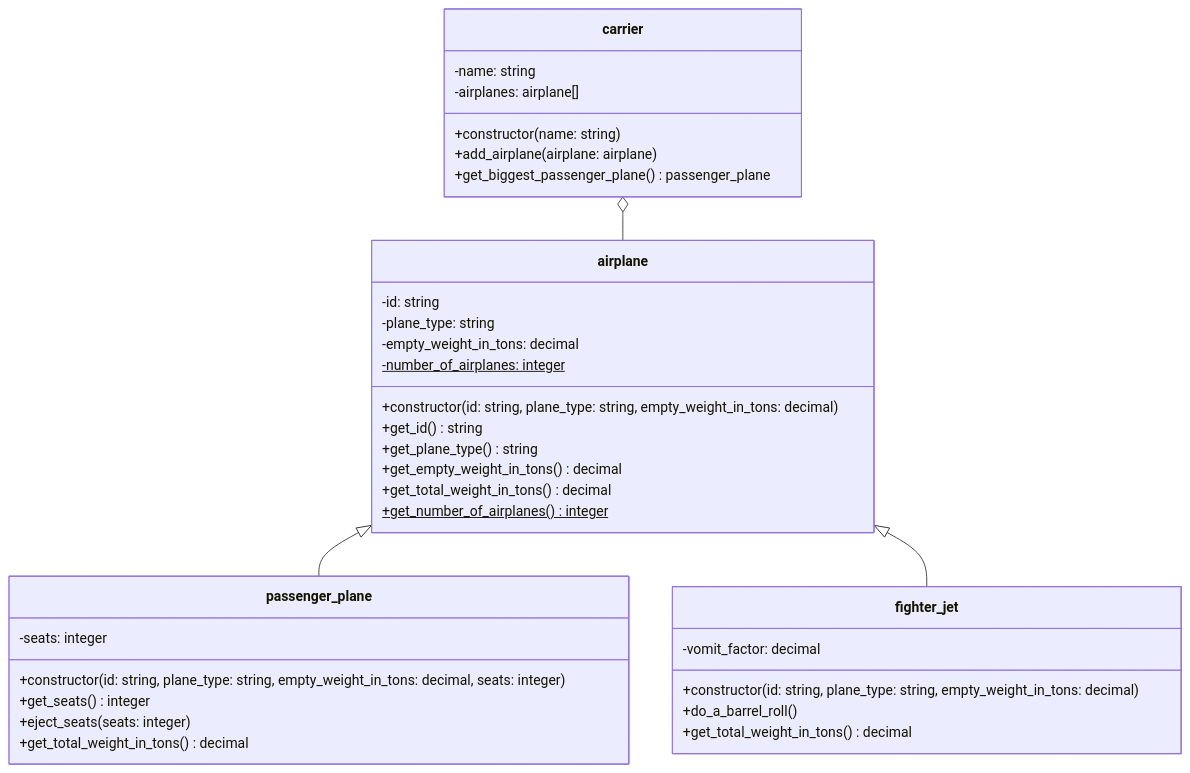
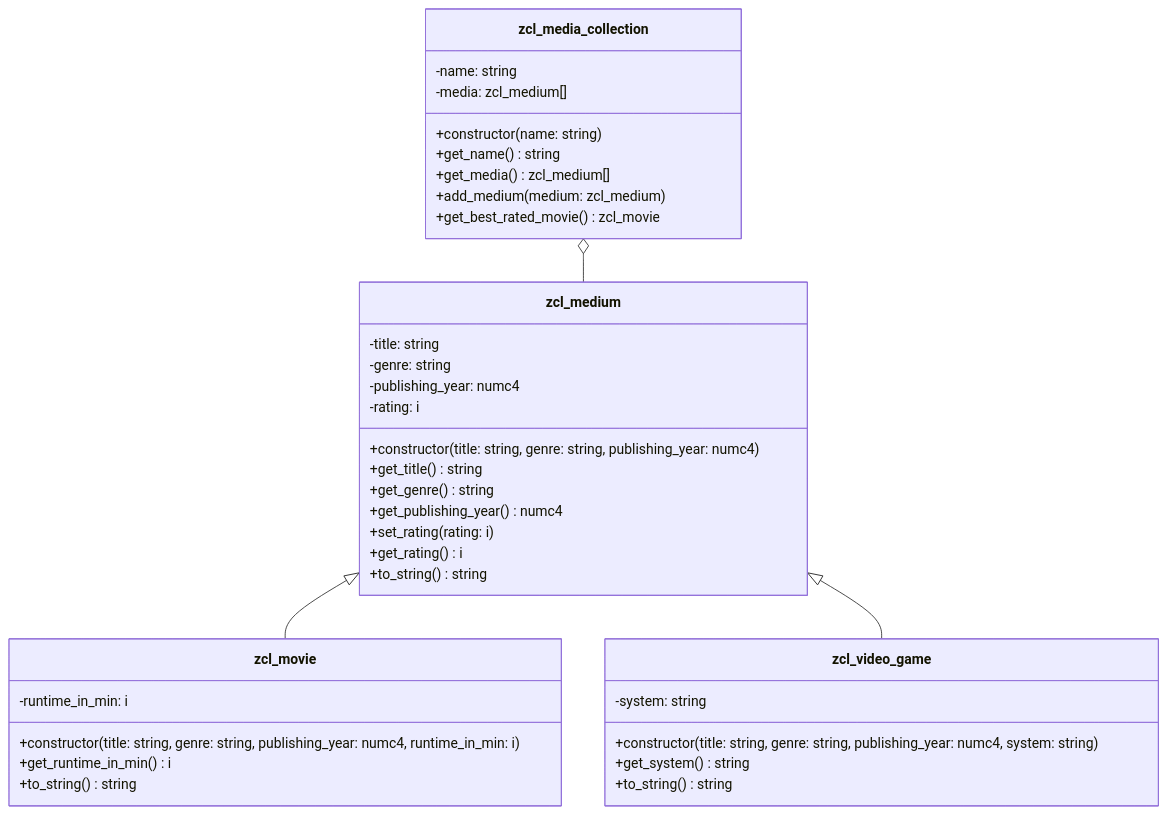
The diagram in docs/exercises/abap-objects/abap-objects-07.md (appenmaier/s4hana), drawn with Mermaid before and after one commit. The commit also changed other lines of this file and 8 other files, not shown here.

````diff
--- a/docs/exercises/abap-objects/abap-objects-07.md
+++ b/docs/exercises/abap-objects/abap-objects-07.md
@@ -18,42 +14,44 @@
 ```mermaid
 classDiagram
-   carrier o-- airplane
-   airplane <|-- passenger_plane
-   airplane <|-- fighter_jet
+   zcl_media_collection o-- zcl_medium
+   zcl_medium <|-- zcl_movie
+   zcl_medium <|-- zcl_video_game
 
-   class airplane {
-      -id: string
-      -plane_type: string
-      -empty_weight_in_tons: decimal
-      -number_of_airplanes: integer$
-      +constructor(id: string, plane_type: string, empty_weight_in_tons: decimal)      
-      +get_id() string
-      +get_plane_type() string
-      +get_empty_weight_in_tons() decimal
-      +get_total_weight_in_tons() decimal
-      +get_number_of_airplanes() integer$
+   class zcl_medium {
+      -title: string
+      -genre: string
+      -publishing_year: numc4
+      -rating: i
+      +constructor(title: string, genre: string, publishing_year: numc4)
+      +get_title() string      
+      +get_genre() string      
+      +get_publishing_year() numc4
+      +set_rating(rating: i)
+      +get_rating() i
+      +to_string() string
    }
 
-   class passenger_plane {
-      -seats: integer
-      +constructor(id: string, plane_type: string, empty_weight_in_tons: decimal, seats: integer)
-      +get_seats() integer
-      +eject_seats(seats: integer)
-      +get_total_weight_in_tons() decimal
+   class zcl_movie {
+      -runtime_in_min: i
+      +constructor(title: string, genre: string, publishing_year: numc4, runtime_in_min: i)
+      +get_runtime_in_min() i
+      +to_string() string
    }
 
-   class fighter_jet {
-      -vomit_factor: decimal
-      +constructor(id: string, plane_type: string, empty_weight_in_tons: decimal)
-      +do_a_barrel_roll()
-      +get_total_weight_in_tons() decimal
+   class zcl_video_game {
+      -system: string
+      +constructor(title: string, genre: string, publishing_year: numc4, system: string)
+      +get_system() string
+      +to_string() string
    }
 
-   class carrier {
+   class zcl_media_collection {
       -name: string
-      -airplanes: airplane[]
+      -media: zcl_medium[]
       +constructor(name: string)
-      +add_airplane(airplane: airplane)
-      +get_biggest_passenger_plane() passenger_plane
+      +get_name() string
+      +get_media() zcl_medium[]
+      +add_medium(medium: zcl_medium)
+      +get_best_rated_movie() zcl_movie
    }
 ```
````
